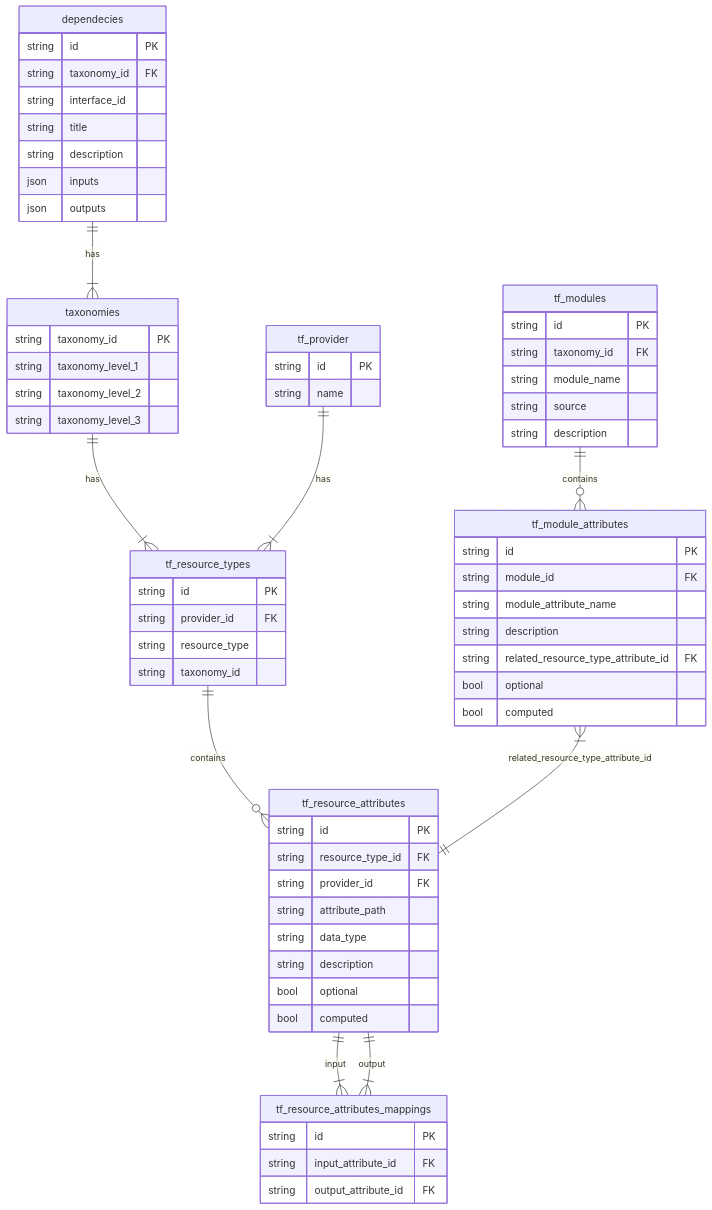
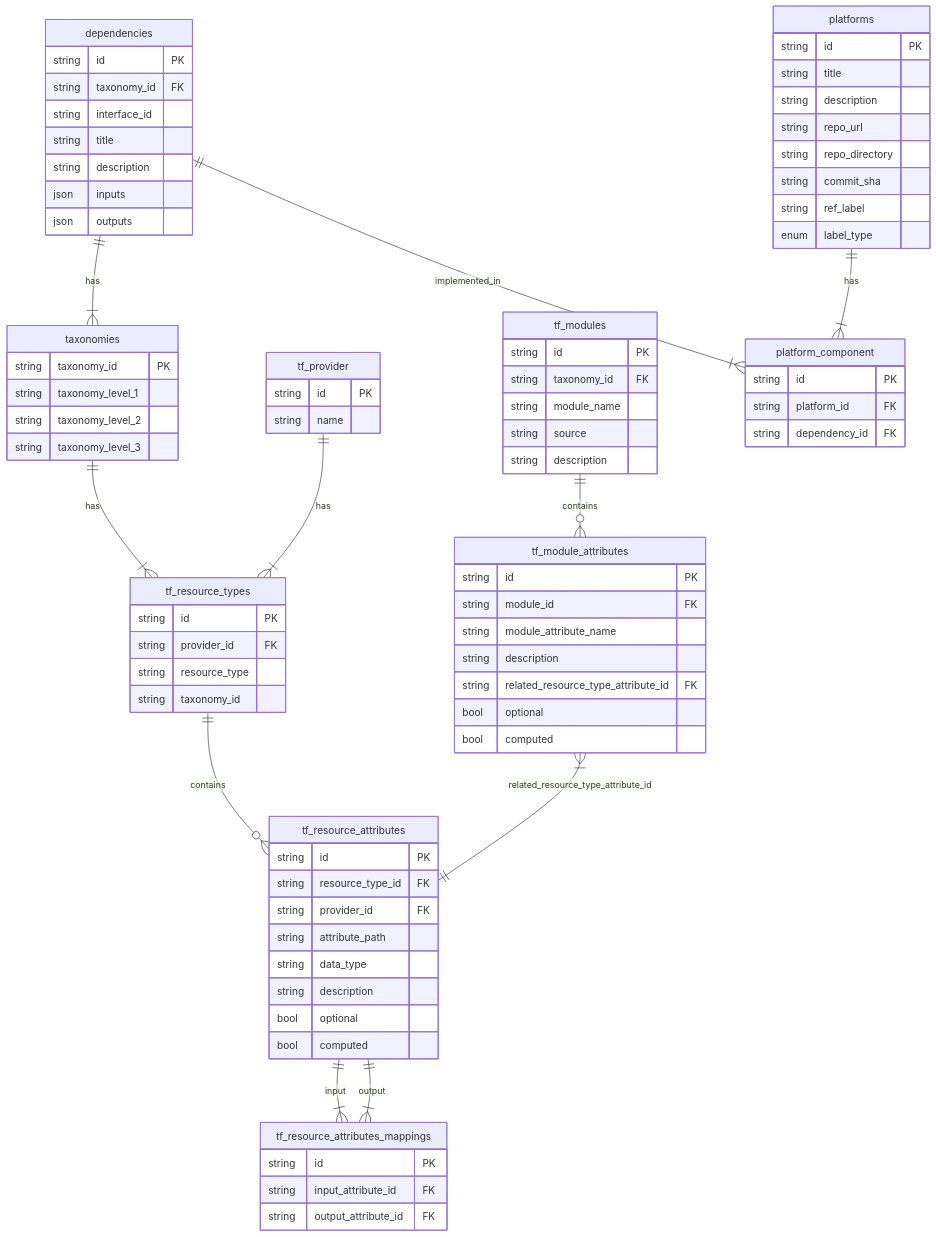
The diagram in src/pkg/db/readme.md (nonfx/terrarium), drawn with Mermaid before and after one commit.

Commit message:
TER-391 update terrarium ER diagram

````diff
--- a/src/pkg/db/readme.md
+++ b/src/pkg/db/readme.md
@@ -51,7 +51,7 @@
         string taxonomy_level_2
         string taxonomy_level_3
     }
-    "dependecies" {
+    "dependencies" {
         string id PK
         string taxonomy_id FK
         string interface_id
@@ -59,6 +59,21 @@
         string description
         json inputs
         json outputs
+    }
+    "platforms" {
+        string id PK
+        string title
+        string description
+        string repo_url
+        string repo_directory
+        string commit_sha
+        string ref_label
+        enum label_type
+    }
+    "platform_component" {
+        string id PK
+        string platform_id FK
+        string dependency_id FK
     }
 
     %% Define relationships
@@ -69,5 +84,7 @@
     "tf_module_attributes" }|--|| "tf_resource_attributes" : related_resource_type_attribute_id
     "taxonomies" ||--|{ "tf_resource_types" : has
     "tf_provider" ||--|{ "tf_resource_types" : has
-    "dependecies" ||--|{ "taxonomies" : has
+    "dependencies" ||--|{ "taxonomies" : has
+    "dependencies" ||--|{ "platform_component" : implemented_in
+    "platforms" ||--|{ "platform_component" : has
 ```
````
